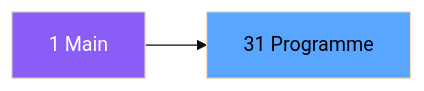
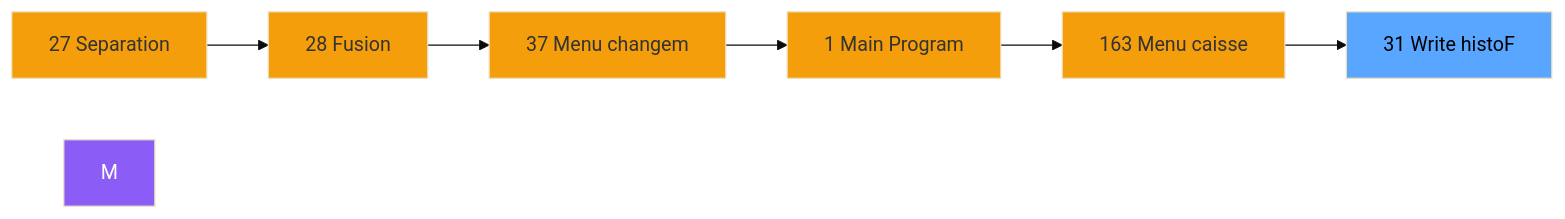
Before and after one commit to thonyAGP/magic-migration: the second of 3 diagrams in .openspec/specs/ADH-IDE-31.md, drawn with Mermaid (base theme). The commit also changed other lines of this file and 323 other files, not shown here.

````diff
--- a/.openspec/specs/ADH-IDE-31.md
+++ b/.openspec/specs/ADH-IDE-31.md
@@ -98,8 +111,21 @@
 ```mermaid
 graph LR
-    M[1 Main]
-    T[31 Programme]
-    M --> T
+    N27[27 Separation]
+    N28[28 Fusion]
+    N37[37 Menu changem]
+    N1[1 Main Program]
+    N163[163 Menu caisse ]
+    T[31 Write histoF]
+    N27 --> N28
+    N28 --> N37
+    N37 --> N1
+    N1 --> N163
+    N163 --> T
     style M fill:#8b5cf6,color:#fff
+    style N27 fill:#f59e0b
+    style N28 fill:#f59e0b
+    style N37 fill:#f59e0b
+    style N1 fill:#f59e0b
+    style N163 fill:#f59e0b
     style T fill:#58a6ff,color:#000
 ```
````
